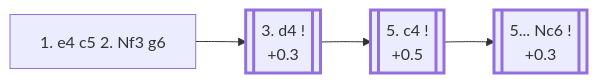
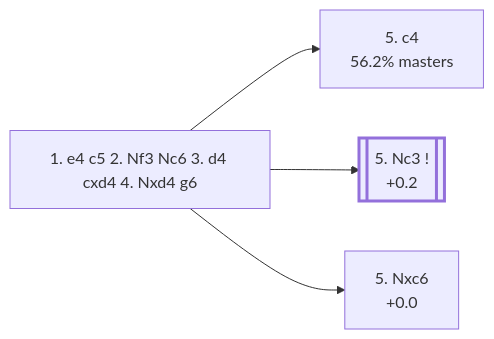
The diagram in e4_openings/B34_Sicilian_g6_Accelerated_Dragon.md (onclemarcel/chess_flashcards), drawn with Mermaid before and after one commit. The commit also changed other lines of this file and 22 other files, not shown here.

````diff
--- a/e4_openings/B34_Sicilian_g6_Accelerated_Dragon.md
+++ b/e4_openings/B34_Sicilian_g6_Accelerated_Dragon.md
@@ -12,15 +14,14 @@
 ```mermaid
 flowchart LR
     classDef main stroke-width:3px;
 
-    g6["1. e4 c5 2. Nf3 g6"]
-    click g6 "#_initial_move_" "B34 · Sicilian Defense: Accelerated Dragon"
+    g6["1. e4 c5 2. Nf3 Nc6 3. d4 cxd4 4. Nxd4 g6"]
+    click g6 "#_initial_move_" "B32 · Sicilian Defense: Accelerated Dragon"
 
-    g6 --> d4[["3. d4 !<br/>+0.3"]]:::main
-    click d4 "#_d4_" "B34 · Sicilian Defense: Accelerated Dragon"
-
-    d4 --> c4m[["5. c4 !<br/>+0.5"]]:::main
-    click c4m "#_c4_" "B37 · Sicilian Defense: Accelerated Dragon, Maróczy Bind"
-    c4m --> Nc6m[["5... Nc6 !<br/>+0.3"]]:::main
-    click Nc6m "#_c4_" "B37 · Sicilian Defense: Accelerated Dragon, Maróczy Bind"
+    g6 --> c4["5. c4<br/>56.2% masters"]
+    click c4 "https://github.com/onclemarcel/chess_flashcards/blob/main/e4_openings/B36_Sicilian_Accelerated_Dragon_Maroczy.md" "B36 · Sicilian Defense: Accelerated Dragon, Maroczy Bind"
+    g6 --> Nc3[["5. Nc3 !<br/>+0.2"]]:::main
+    click Nc3 "#_Nc3_" "B34 · Sicilian Defense: Accelerated Dragon, Modern Variation"
+    g6 --> Nxc6["5. Nxc6<br/>+0.0"]
+    click Nxc6 "#_Nxc6_" "B34 · Sicilian Defense: Accelerated Dragon, Exchange Variation"
 ```
````
